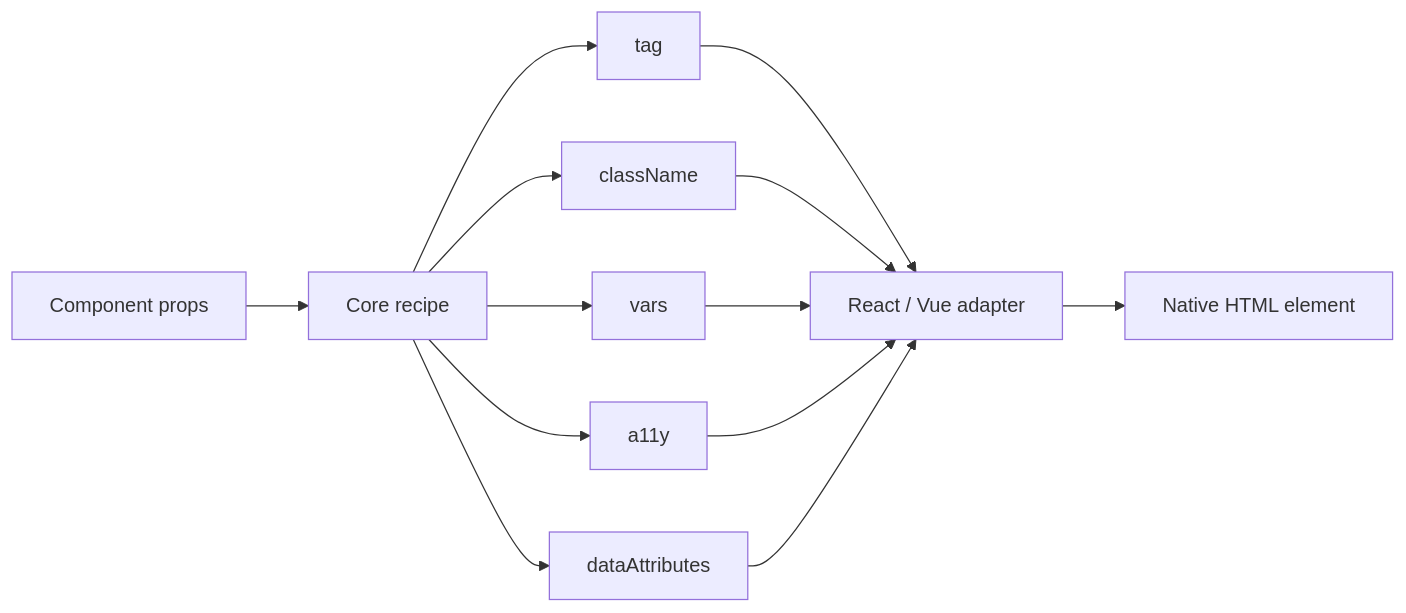
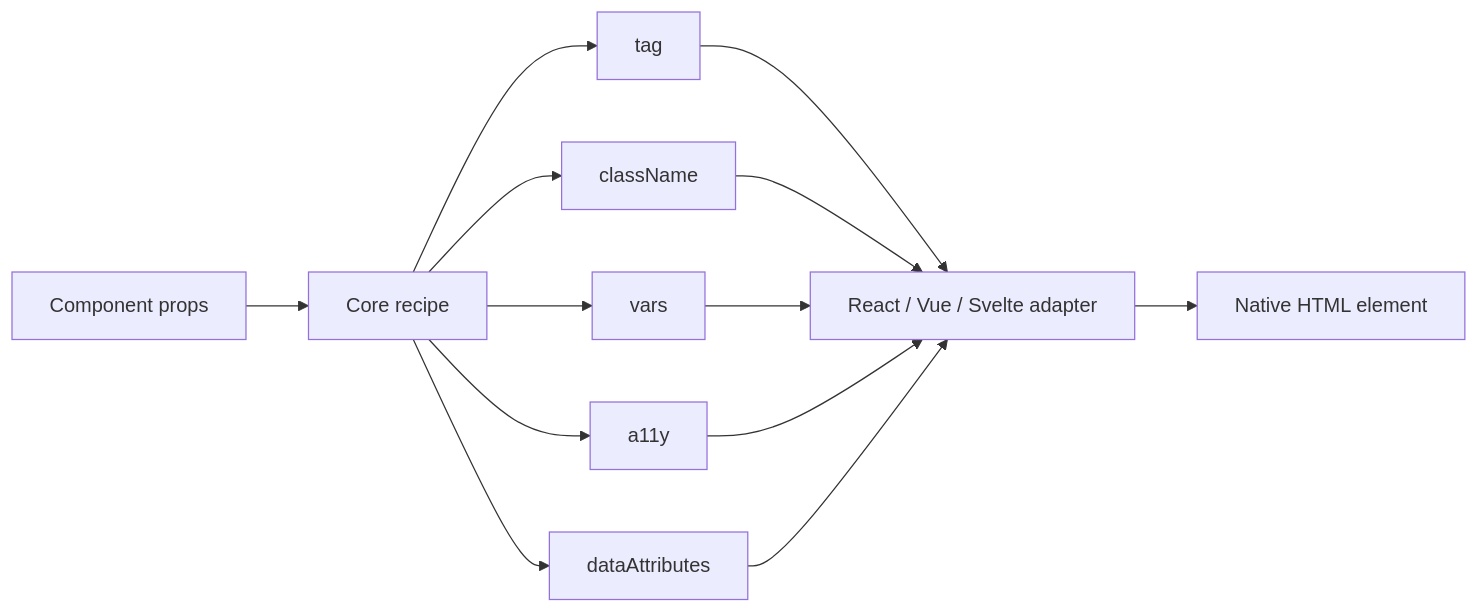
One commit to niklas-westman/marwes changed the second of 5 diagrams in docs/reference/architecture.md. Above: the diagram before and after it, drawn with Mermaid. The commit also changed other lines of this file and 947 other files, not shown here.

````diff
--- a/docs/reference/architecture.md
+++ b/docs/reference/architecture.md
@@ -86,17 +90,17 @@
 ```mermaid
 flowchart LR
   Props["Component props"] --> Recipe["Core recipe"]
   Recipe --> Tag["tag"]
   Recipe --> Classes["className"]
   Recipe --> Vars["vars"]
   Recipe --> A11y["a11y"]
   Recipe --> Data["dataAttributes"]
 
-  Tag --> Adapter["React / Vue adapter"]
+  Tag --> Adapter["React / Vue / Svelte adapter"]
   Classes --> Adapter
   Vars --> Adapter
   A11y --> Adapter
   Data --> Adapter
 
   Adapter --> DOM["Native HTML element"]
 ```
````
